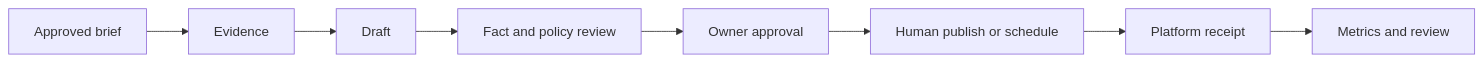
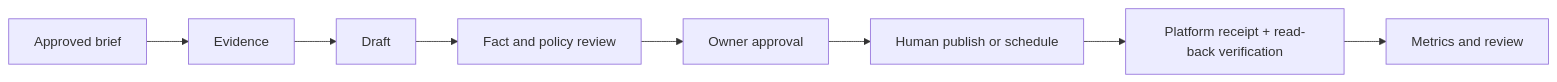
Before and after one commit to monath1/hermes-masterclass: the third of 3 diagrams in docs/part-5/20-business-functions.md, drawn with Mermaid. The commit also changed other lines of this file and 4 other files, not shown here.

````diff
--- a/docs/part-5/20-business-functions.md
+++ b/docs/part-5/20-business-functions.md
@@ -273,10 +273,10 @@
 ```mermaid
 flowchart LR
     B["Approved brief"] --> E["Evidence"]
     E --> D["Draft"]
     D --> F["Fact and policy review"]
     F --> A["Owner approval"]
     A --> P["Human publish or schedule"]
-    P --> R["Platform receipt"]
+    P --> R["Platform receipt + read-back verification"]
     R --> M["Metrics and review"]
 ```
````
